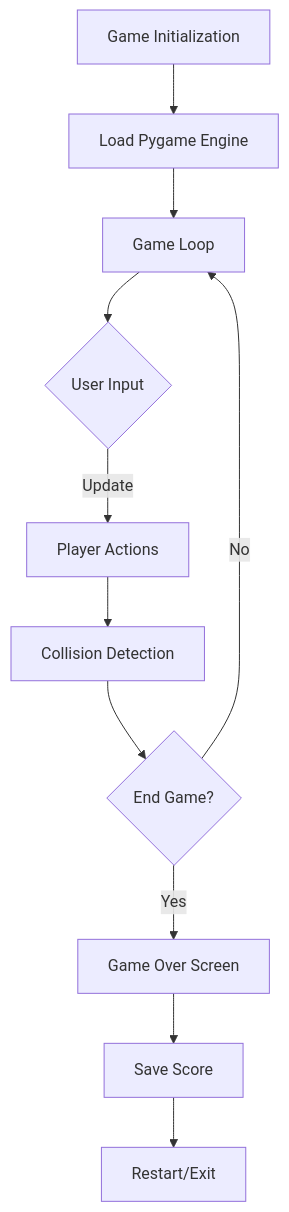
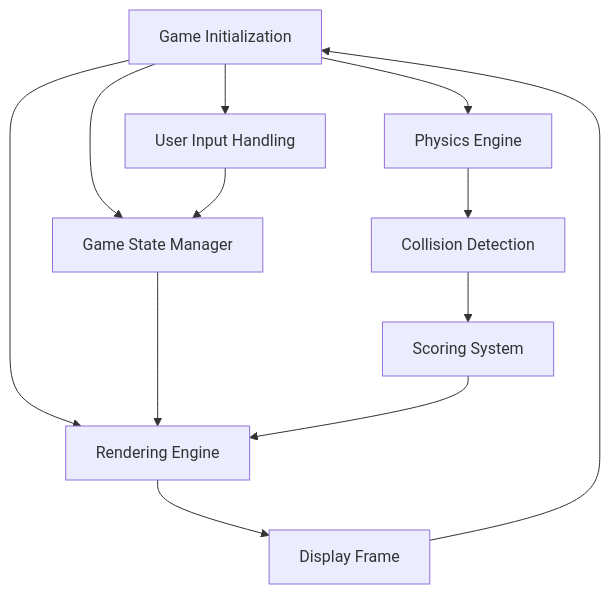
The diagram in README.md (EF361/flappy-bird), drawn with Mermaid before and after one commit. The commit also changed other lines of this file, not shown here.

````diff
--- a/README.md
+++ b/README.md
@@ -19,13 +22,14 @@
 ```mermaid
 graph TD
-    A[Game Initialization] --> B[Load Pygame Engine]
-    B --> C[Game Loop]
-    C --> D{User Input}
-    D -- Update --> E[Player Actions]
-    E --> F[Collision Detection]
-    F --> G{End Game?}
-    G -- Yes --> H[Game Over Screen]
-    G -- No --> C
-    H --> I[Save Score]
-    I --> J[Restart/Exit]
+    Start[Game Initialization] --> Render[Rendering Engine]
+    Start --> Input[User Input Handling]
+    Start --> Physics[Physics Engine]
+    Start --> State[Game State Manager]
+    Physics --> Collision[Collision Detection]
+    Input --> State
+    Collision --> Scoring[Scoring System]
+    State --> Render
+    Scoring --> Render
+    Render --> End[Display Frame]
+    End --> Start
 ```
````
